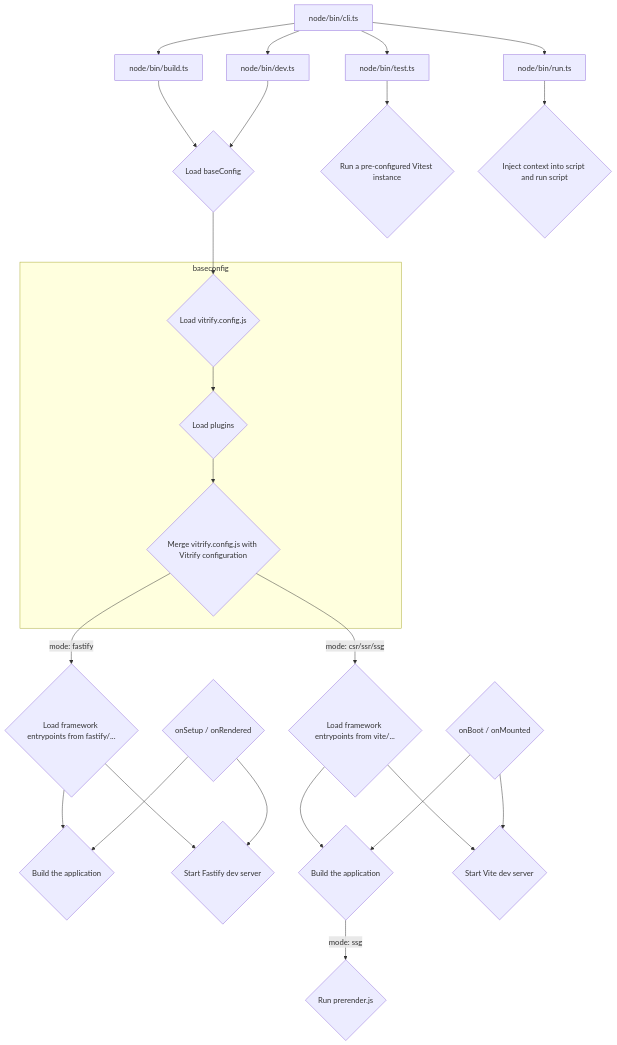
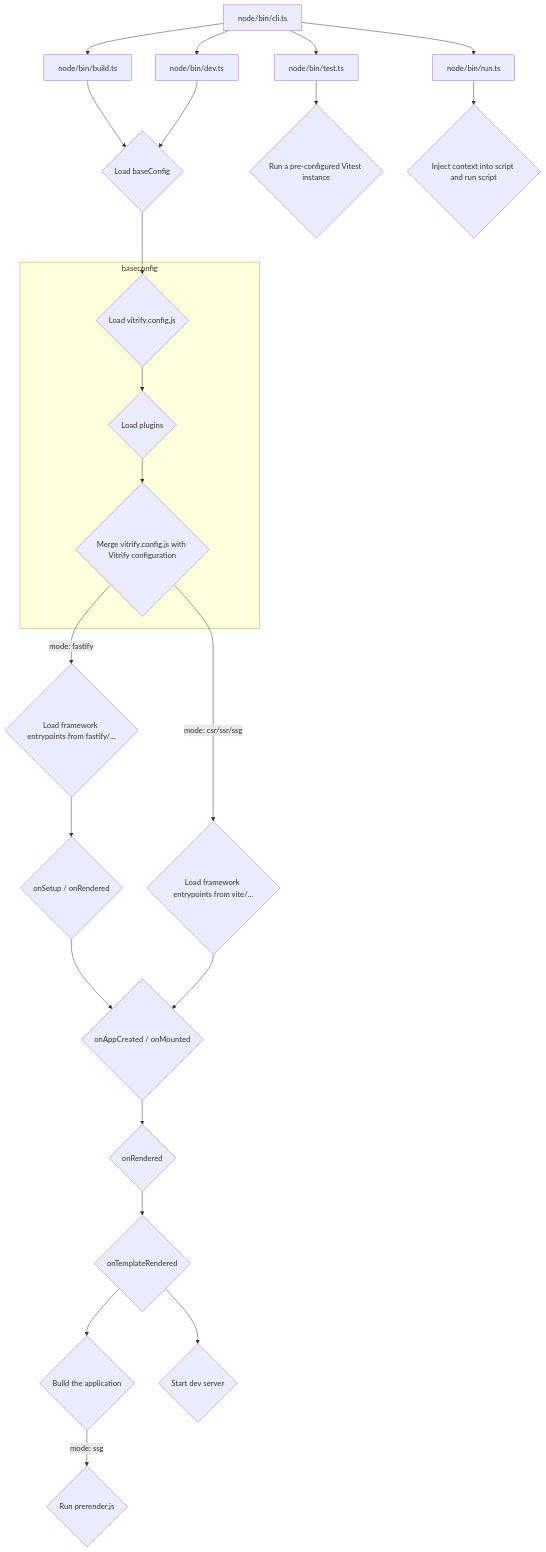
The diagram in packages/vitrify/README.md (simsustech/vitrify), drawn with Mermaid before and after one commit. The commit also changed other lines of this file and 20 other files, not shown here.

````diff
--- a/packages/vitrify/README.md
+++ b/packages/vitrify/README.md
@@ -71,27 +57,26 @@
 ```mermaid
   graph TD;
     node/bin/cli.ts-->node/bin/build.ts;
     node/bin/cli.ts-->node/bin/dev.ts;
     node/bin/cli.ts-->node/bin/test.ts;
     node/bin/cli.ts-->node/bin/run.ts;
     node/bin/build.ts-->node/index.ts
     node/bin/dev.ts-->node/index.ts
     node/index.ts{Load baseConfig}-->vitrify.config.js{Load vitrify.config.js};
     subgraph baseconfig
     vitrify.config.js-->node/plugins{Load plugins};
     node/plugins-->merge{Merge vitrify.config.js with Vitrify configuration};
     end
     merge-- mode: fastify -->frameworkFastify{Load framework entrypoints from fastify/...};
     merge-- mode: csr/ssr/ssg -->framework{Load framework entrypoints from vite/...};
-    frameworkFastify-->fastifyBuild{Build the application};
-    frameworkFastify-->fastifyDev{Start Fastify dev server};
-    fastifySetup{onSetup / onRendered}-->fastifyDev
-    fastifySetup{onSetup / onRendered}-->fastifyBuild
-    framework-->build{Build the application};
+    frameworkFastify-->fastifySetup{onSetup / onRendered};
+    fastifySetup-->frameworkSetup;
     build-- mode: ssg -->prerender{Run prerender.js}
-    framework-->dev{Start Vite dev server};
-    frameworkSetup{onBoot / onMounted}-->dev
-    frameworkSetup{onBoot / onMounted}-->build
+    framework-->frameworkSetup{onAppCreated / onMounted}
+    frameworkSetup-->frameworkOnRendered{onRendered};
+    frameworkOnRendered-->frameworkOnTemplateRendered{onTemplateRendered};
+    frameworkOnTemplateRendered-->build{Build the application};
+    frameworkOnTemplateRendered-->dev{Start dev server};
     node/bin/test.ts-->test{Run a pre-configured Vitest instance};
     node/bin/run.ts-->run{Inject context into script and run script};
 ```
````
